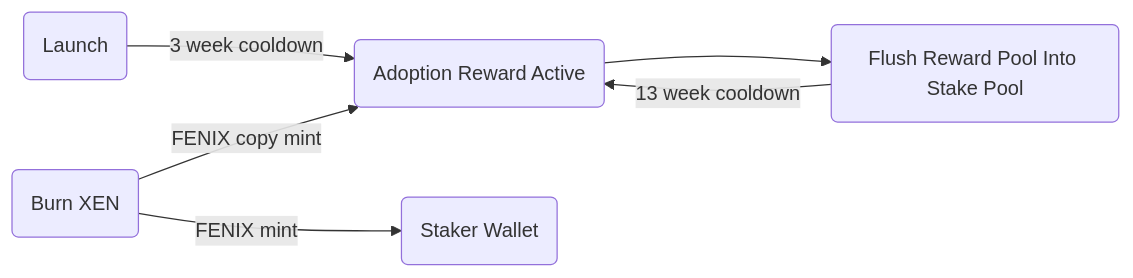
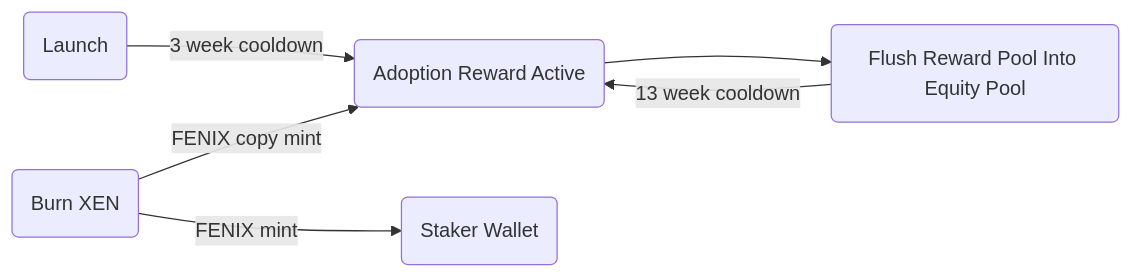
Before and after one commit to atomizexyz/litepaper: the second of 5 diagrams in README.md, drawn with Mermaid. The commit also changed other lines of this file, not shown here.

````diff
--- a/README.md
+++ b/README.md
@@ -114,8 +120,8 @@
 ```mermaid
 flowchart LR
   l(Launch)-->|3 week cooldown|ab(Adoption Reward Active)
   b(Burn XEN)-->|FENIX copy mint|ab
   b-->|FENIX mint|s(Staker Wallet)
-  ab-->f(Flush Reward Pool Into Stake Pool)
+  ab-->f(Flush Reward Pool Into Equity Pool)
   f-->|13 week cooldown|ab
 ```
````
